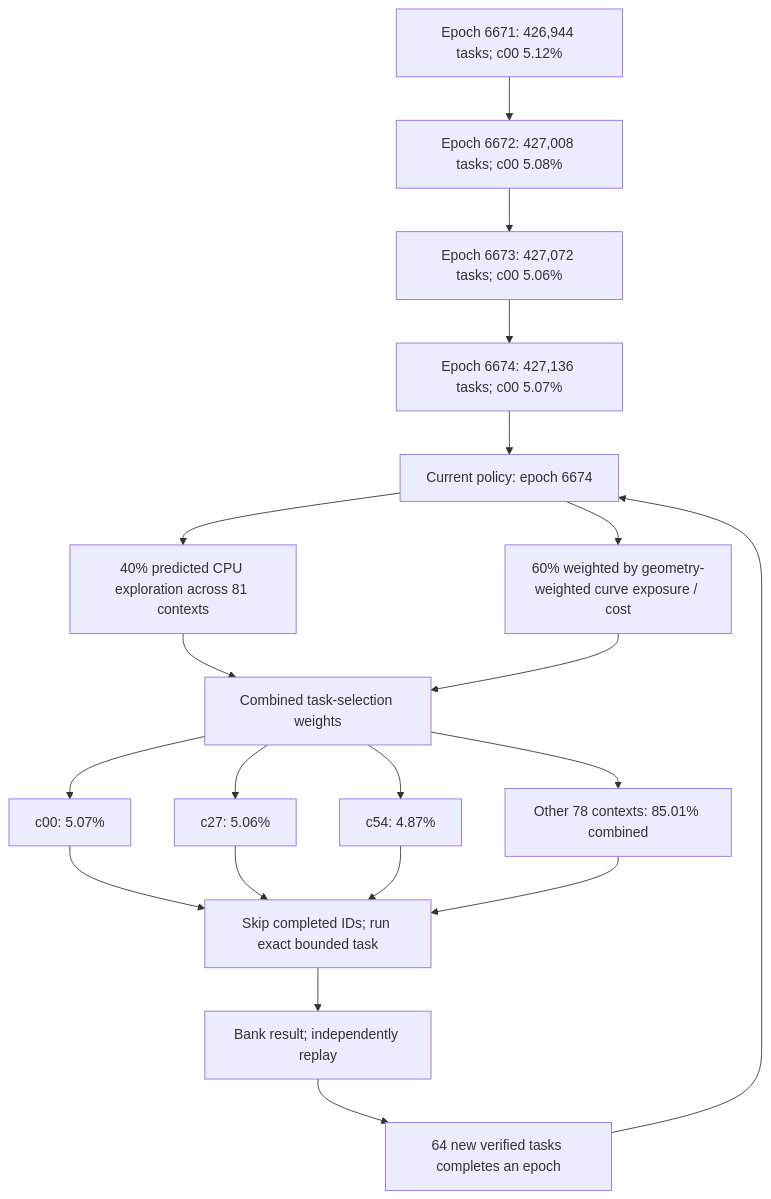
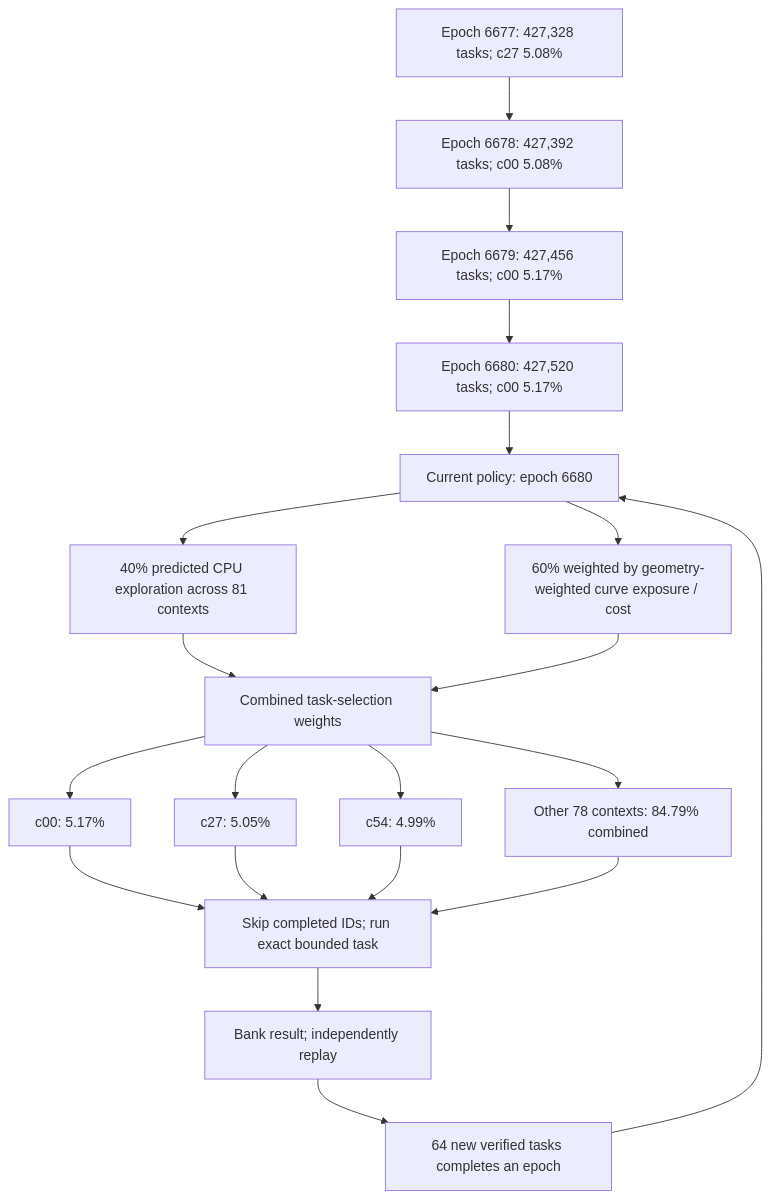
The first of 4 diagrams in README.md (Kuberwastaken/math-gambling), drawn with Mermaid before and after one commit. The commit also changed other lines of this file and 910 other files, not shown here.

````diff
--- a/README.md
+++ b/README.md
@@ -60,27 +60,27 @@
 ```mermaid
 flowchart TD
-    H0["Epoch 6671: 426,944 tasks; c00 5.12%"]
-    H1["Epoch 6672: 427,008 tasks; c00 5.08%"]
+    H0["Epoch 6677: 427,328 tasks; c27 5.08%"]
+    H1["Epoch 6678: 427,392 tasks; c00 5.08%"]
     H0 --> H1
-    H2["Epoch 6673: 427,072 tasks; c00 5.06%"]
+    H2["Epoch 6679: 427,456 tasks; c00 5.17%"]
     H1 --> H2
-    H3["Epoch 6674: 427,136 tasks; c00 5.07%"]
+    H3["Epoch 6680: 427,520 tasks; c00 5.17%"]
     H2 --> H3
-    Policy["Current policy: epoch 6674"]
+    Policy["Current policy: epoch 6680"]
     H3 --> Policy
     Policy --> Explore["40% predicted CPU exploration across 81 contexts"]
     Policy --> Cost["60% weighted by geometry-weighted curve exposure / cost"]
     Explore --> Mix["Combined task-selection weights"]
     Cost --> Mix
-    Mix --> C0["c00: 5.07%"]
-    Mix --> C1["c27: 5.06%"]
-    Mix --> C2["c54: 4.87%"]
-    Mix --> Rest["Other 78 contexts: 85.01% combined"]
+    Mix --> C0["c00: 5.17%"]
+    Mix --> C1["c27: 5.05%"]
+    Mix --> C2["c54: 4.99%"]
+    Mix --> Rest["Other 78 contexts: 84.79% combined"]
     C0 --> Check["Skip completed IDs; run exact bounded task"]
     C1 --> Check
     C2 --> Check
     Rest --> Check
     Check --> Replay["Bank result; independently replay"]
     Replay --> Gate["64 new verified tasks completes an epoch"]
     Gate --> Policy
 ```
````
